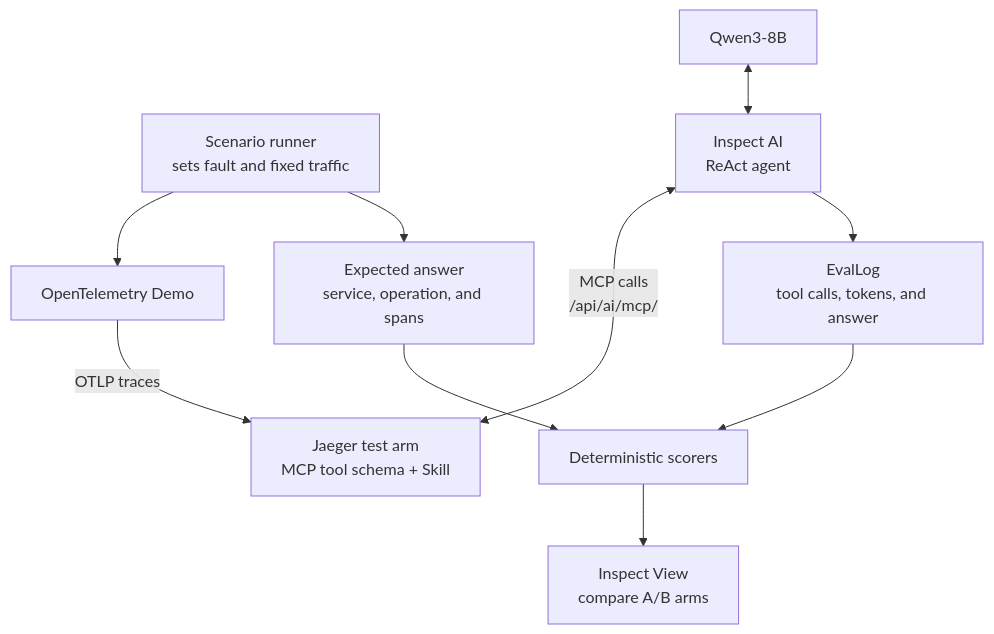
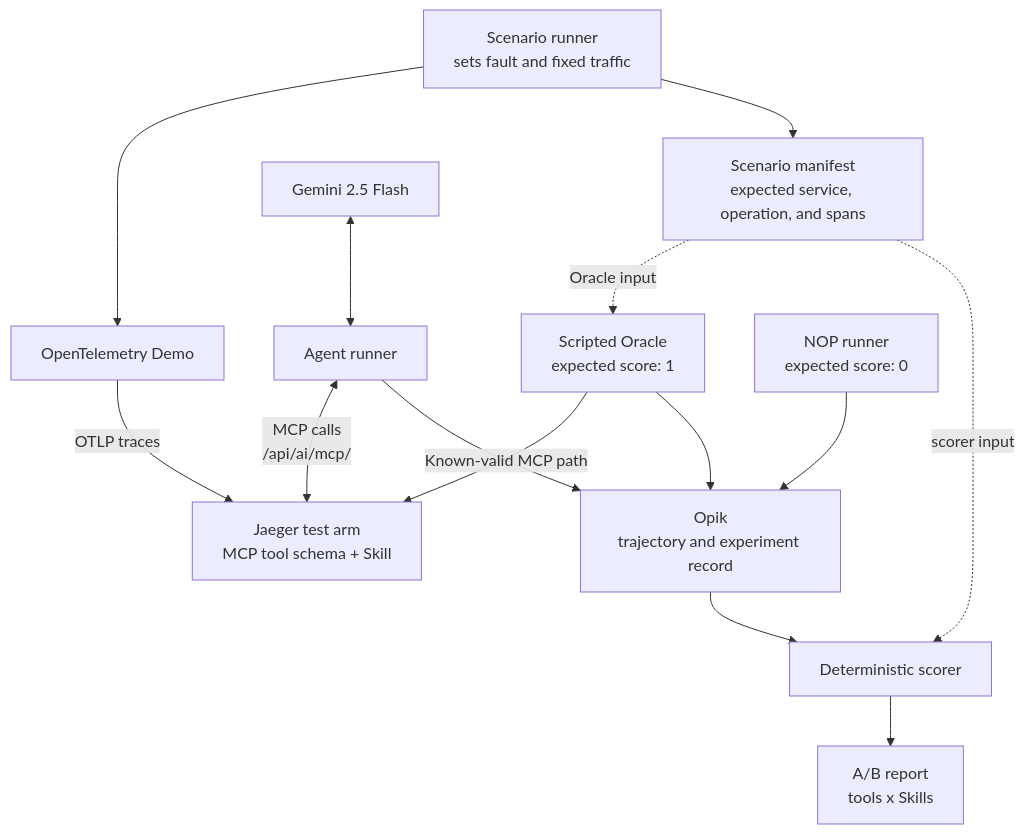
The second of 2 diagrams in README.md (HESleagacy/Jaeger_Appn), drawn with Mermaid before and after one commit. The commit also changed other lines of this file, not shown here.

````diff
--- a/README.md
+++ b/README.md
@@ -83,14 +95,18 @@
 ```mermaid
 flowchart TD
     S["Scenario runner<br/>sets fault and fixed traffic"] --> D[OpenTelemetry Demo]
     D -->|OTLP traces| J["Jaeger test arm<br/>MCP tool schema + Skill"]
+    S --> M["Scenario manifest<br/>expected service, operation, and spans"]
 
-    Q[Qwen3-8B] <--> I["Inspect AI<br/>ReAct agent"]
-    I <-->|"MCP calls<br/>/api/ai/mcp/"| J
+    G[Gemini 2.5 Flash] <--> A[Agent runner]
+    A <-->|"MCP calls<br/>/api/ai/mcp/"| J
+    O["Scripted Oracle<br/>expected score: 1"] -->|Known-valid MCP path| J
+    N["NOP runner<br/>expected score: 0"] --> P
 
-    I --> L["EvalLog<br/>tool calls, tokens, and answer"]
-    S --> G["Expected answer<br/>service, operation, and spans"]
-    L --> C[Deterministic scorers]
-    G --> C
-    C --> V["Inspect View<br/>compare A/B arms"]
+    A --> P["Opik<br/>trajectory and experiment record"]
+    O --> P
+    P --> C[Deterministic scorer]
+    M -.->|Oracle input| O
+    M -.->|scorer input| C
+    C --> V["A/B report<br/>tools x Skills"]
 ```
````
